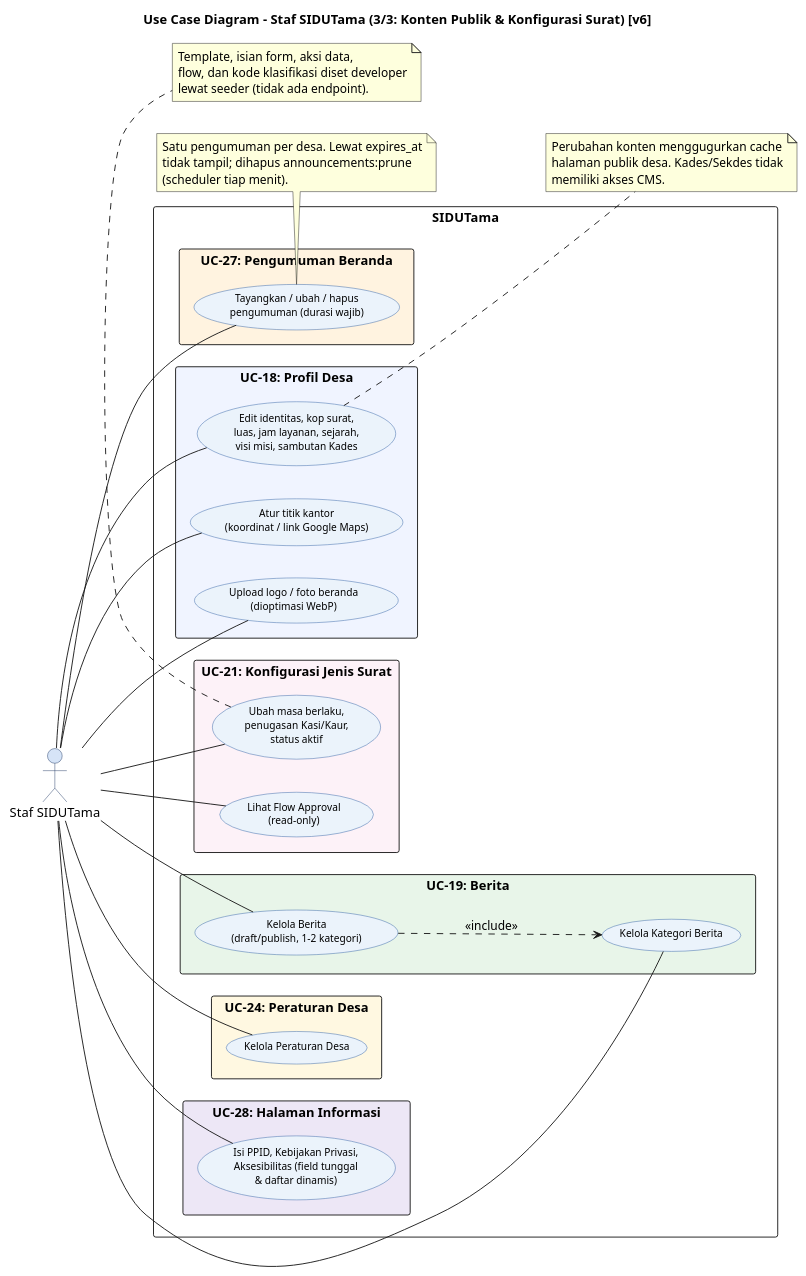
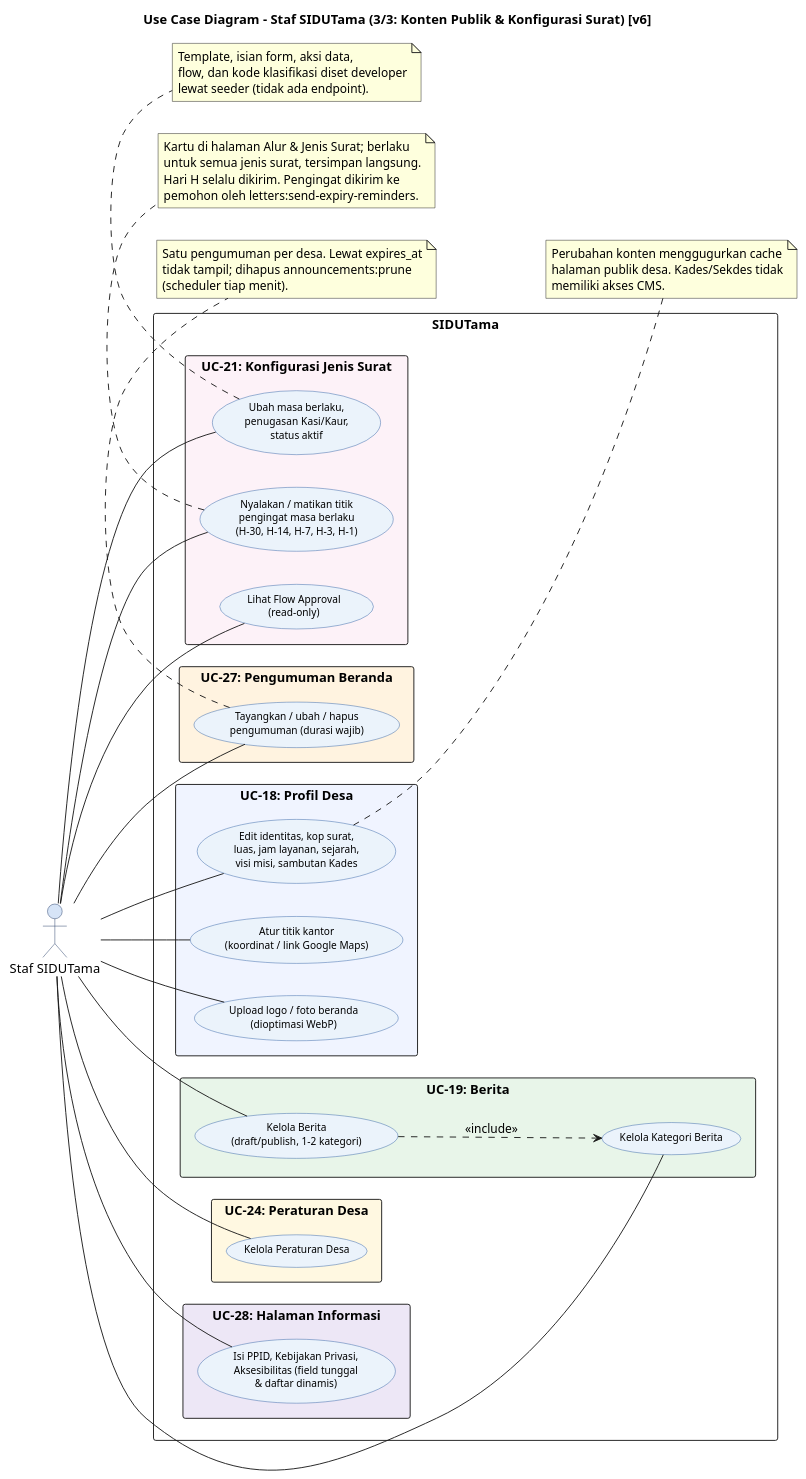
Before and after one commit to Vextronode/sid-app: the diagram in docs/diagram/code/usecase/04_UC_PetugasDesa_KontenKonfigurasi_v6.puml, drawn with PlantUML. The commit also changed other lines of this file and 60 other files, not shown here.

```diff
--- a/docs/diagram/code/usecase/04_UC_PetugasDesa_KontenKonfigurasi_v6.puml
+++ b/docs/diagram/code/usecase/04_UC_PetugasDesa_KontenKonfigurasi_v6.puml
@@ -10,71 +11,79 @@
 @startuml UC_PetugasDesa_Konten_v6
 left to right direction
 skinparam packageStyle rectangle
 skinparam backgroundColor #FFFFFF
 skinparam usecase {
   BackgroundColor #EBF3FB
   BorderColor #2E5FA3
   FontName Arial
   FontSize 11
 }
 skinparam actor {
   BackgroundColor #D6E4F7
   BorderColor #1F3864
 }
 title Use Case Diagram - Staf SIDUTama (3/3: Konten Publik & Konfigurasi Surat) [v6]
 
 actor "Staf SIDUTama" as PD
 
 rectangle "SIDUTama" {
   rectangle "UC-18: Profil Desa" #F0F4FF {
     usecase "Edit identitas, kop surat,\nluas, jam layanan, sejarah,\nvisi misi, sambutan Kades" as UC_DESA
     usecase "Atur titik kantor\n(koordinat / link Google Maps)" as UC_LOC
     usecase "Upload logo / foto beranda\n(dioptimasi WebP)" as UC_IMG
   }
   rectangle "UC-19: Berita" #E8F5E9 {
     usecase "Kelola Berita\n(draft/publish, 1-2 kategori)" as UC_NEWS
     usecase "Kelola Kategori Berita" as UC_NEWSCAT
   }
   rectangle "UC-24: Peraturan Desa" #FFF8E1 {
     usecase "Kelola Peraturan Desa" as UC_REG
   }
   rectangle "UC-27: Pengumuman Beranda" #FFF3E0 {
     usecase "Tayangkan / ubah / hapus\npengumuman (durasi wajib)" as UC_ANN
   }
   rectangle "UC-28: Halaman Informasi" #EDE7F6 {
     usecase "Isi PPID, Kebijakan Privasi,\nAksesibilitas (field tunggal\n& daftar dinamis)" as UC_INFO
   }
   rectangle "UC-21: Konfigurasi Jenis Surat" #FDF2F8 {
     usecase "Ubah masa berlaku,\npenugasan Kasi/Kaur,\nstatus aktif" as UC_LT
     usecase "Lihat Flow Approval\n(read-only)" as UC_FLOW
+    usecase "Nyalakan / matikan titik\npengingat masa berlaku\n(H-30, H-14, H-7, H-3, H-1)" as UC_EXP
   }
 }
 
 PD -- UC_DESA
 PD -- UC_LOC
 PD -- UC_IMG
 PD -- UC_NEWS
 PD -- UC_NEWSCAT
 PD -- UC_REG
 PD -- UC_ANN
 PD -- UC_INFO
 PD -- UC_LT
 PD -- UC_FLOW
+PD -- UC_EXP
 UC_NEWS ..> UC_NEWSCAT : <<include>>
 
 note bottom of UC_LT
   Template, isian form, aksi data,
   flow, dan kode klasifikasi diset developer
   lewat seeder (tidak ada endpoint).
+end note
+note bottom of UC_EXP
+  Kartu di halaman Alur & Jenis Surat; berlaku
+  untuk semua jenis surat, tersimpan langsung.
+  Hari H selalu dikirim. Pengingat dikirim ke
+  pemohon oleh letters:send-expiry-reminders.
 end note
 note bottom of UC_ANN
   Satu pengumuman per desa. Lewat expires_at
   tidak tampil; dihapus announcements:prune
   (scheduler tiap menit).
 end note
 note right of UC_DESA
   Perubahan konten menggugurkan cache
   halaman publik desa. Kades/Sekdes tidak
   memiliki akses CMS.
 end note
 @enduml
```
